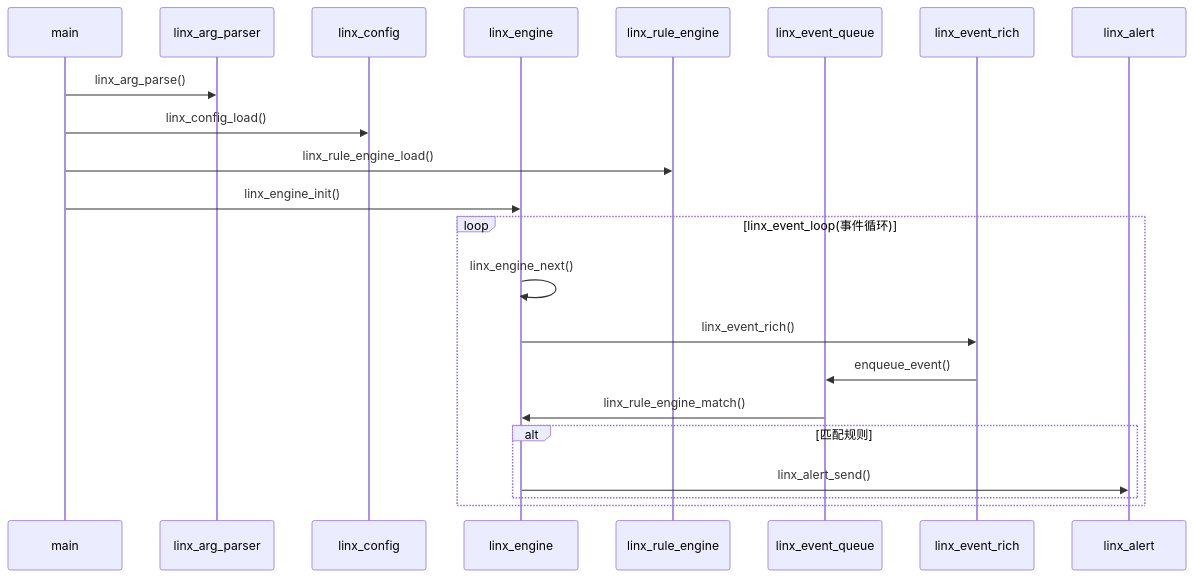
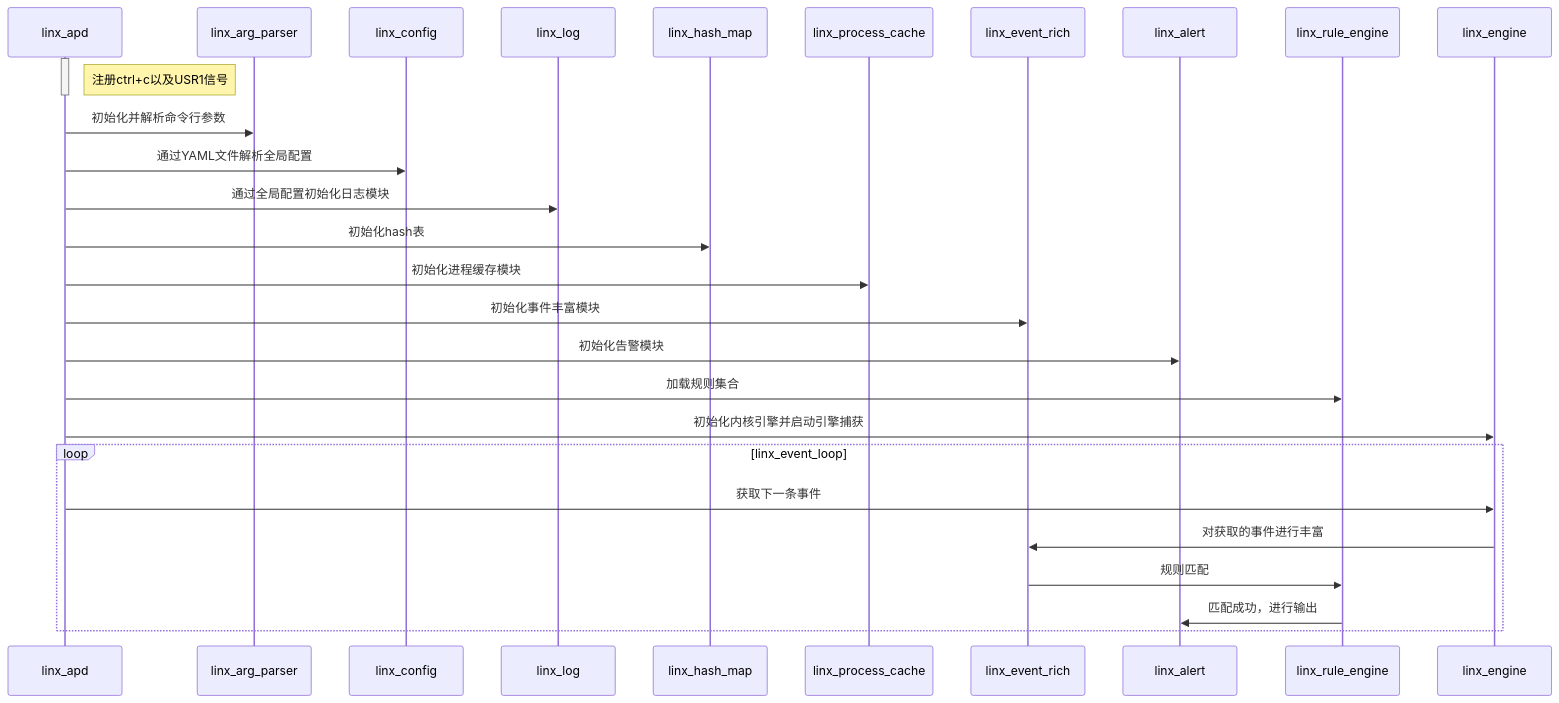
Before and after one commit to zhutouwangzha/linx-apd: the third of 15 diagrams in README.md, drawn with Mermaid. The commit also changed other lines of this file and 416 other files, not shown here.

````diff
--- a/README.md
+++ b/README.md
@@ -54,25 +225,25 @@
 ```mermaid
 sequenceDiagram
-    participant main
-    participant linx_arg_parser
-    participant linx_config
-    participant linx_engine
-    participant linx_rule_engine
-    participant linx_event_queue
-    participant linx_event_rich
-    participant linx_alert
-    
-    main->>linx_arg_parser: linx_arg_parse()
-    main->>linx_config: linx_config_load()
-    main->>linx_rule_engine: linx_rule_engine_load()
-    main->>linx_engine: linx_engine_init()
-    loop linx_event_loop(事件循环)
-        linx_engine->>linx_engine: linx_engine_next()
-        linx_engine->>linx_event_rich: linx_event_rich()
-        linx_event_rich->>linx_event_queue: enqueue_event()
-        linx_event_queue->>linx_engine: linx_rule_engine_match()
-        alt 匹配规则
-            linx_engine->>linx_alert: linx_alert_send()
-        end
-    end
+
+participant linx_apd
+activate linx_apd
+Note right of linx_apd: 注册ctrl+c以及USR1信号
+deactivate linx_apd
+
+linx_apd->>linx_arg_parser: 初始化并解析命令行参数
+linx_apd->>linx_config: 通过YAML文件解析全局配置
+linx_apd->>linx_log: 通过全局配置初始化日志模块
+linx_apd->>linx_hash_map: 初始化hash表
+linx_apd->>linx_process_cache: 初始化进程缓存模块
+linx_apd->>linx_event_rich: 初始化事件丰富模块
+linx_apd->>linx_alert: 初始化告警模块
+linx_apd->>linx_rule_engine: 加载规则集合
+linx_apd->>linx_engine: 初始化内核引擎并启动引擎捕获
+
+loop linx_event_loop
+	linx_apd->>linx_engine: 获取下一条事件
+    linx_engine->>linx_event_rich: 对获取的事件进行丰富
+    linx_event_rich->>linx_rule_engine: 规则匹配
+    linx_rule_engine->>linx_alert: 匹配成功，进行输出
+end
 ```
````
